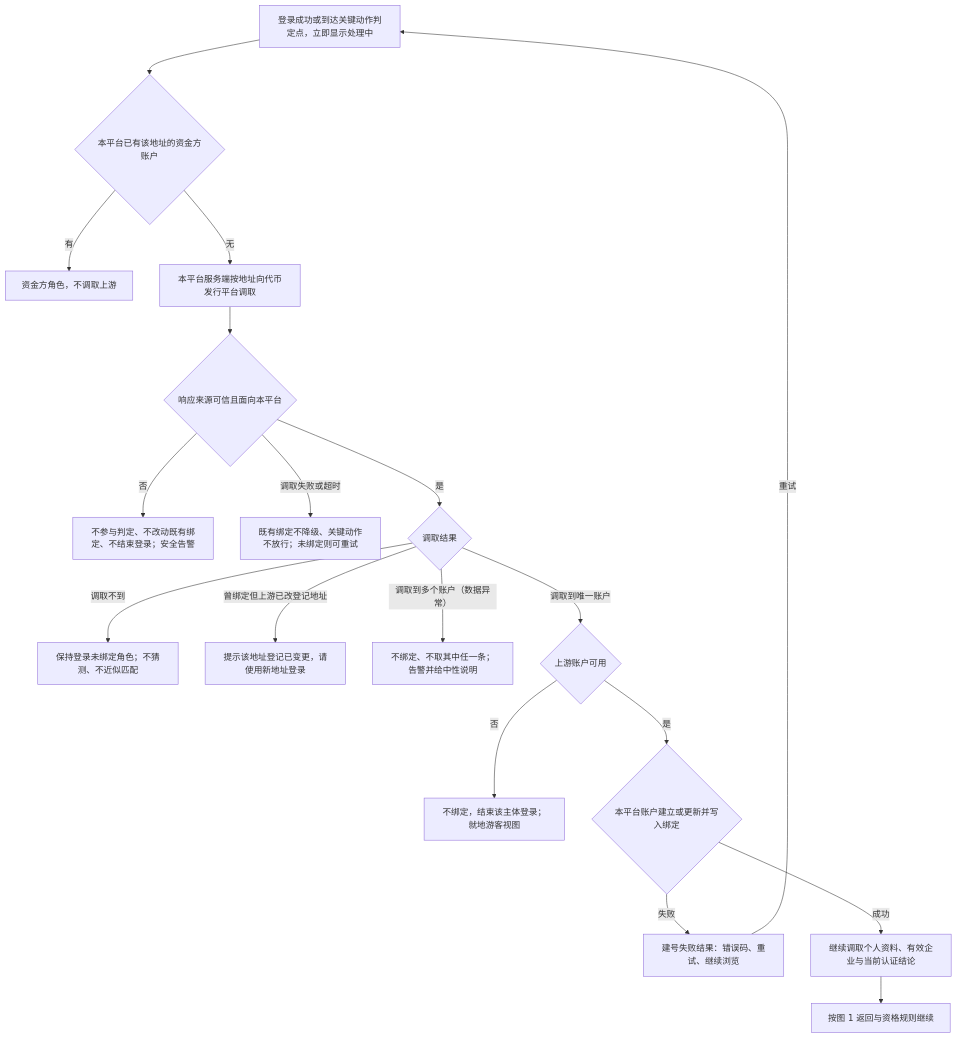
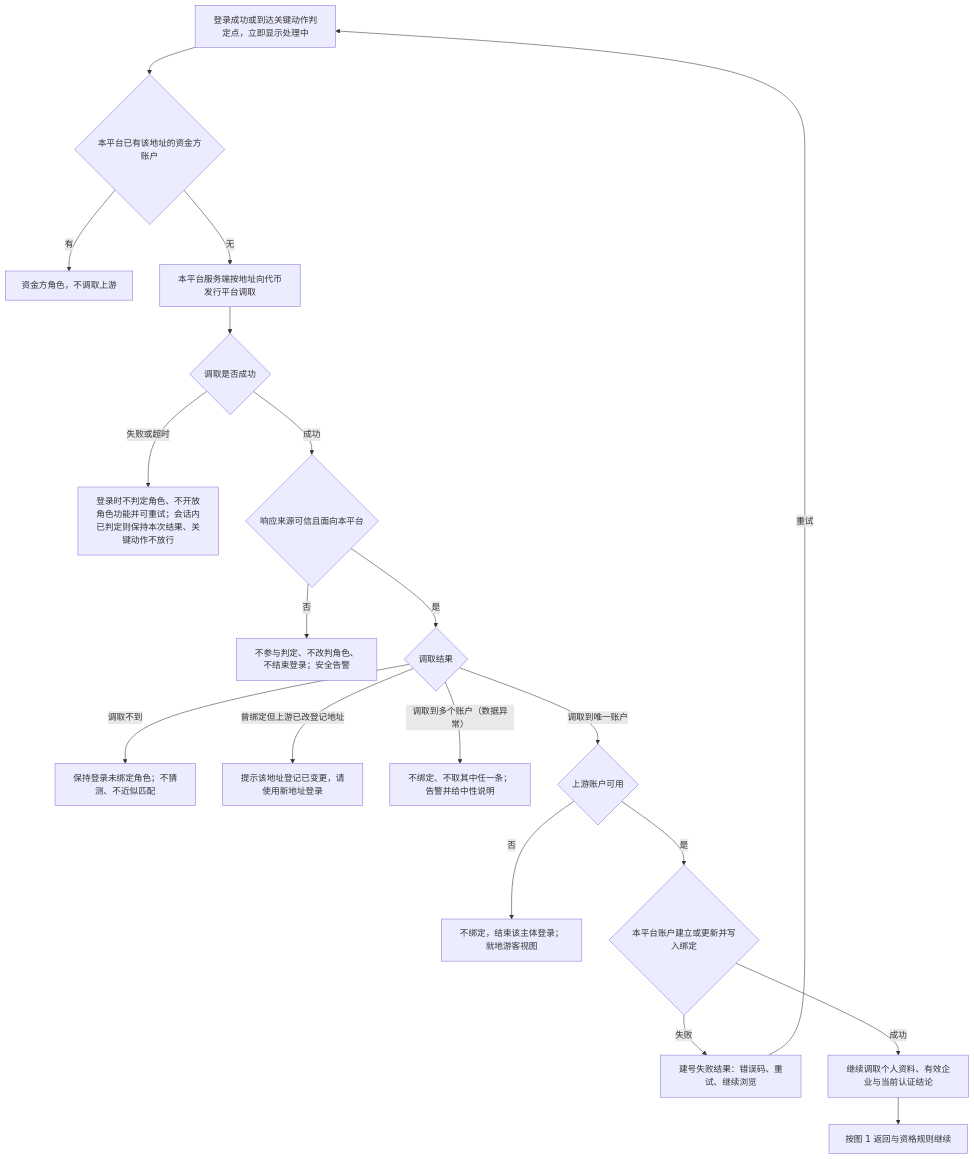
The second of 7 diagrams in lending-platform/PRD/v2.0-登录与账户体系/02-登录主干与资产方SSO接入-流程图与状态机.md (wxblockchain/Chain-Financing), drawn with Mermaid before and after one commit. The commit also changed other lines of this file and 4 other files, not shown here.

````diff
--- a/lending-platform/PRD/v2.0-登录与账户体系/02-登录主干与资产方SSO接入-流程图与状态机.md
+++ b/lending-platform/PRD/v2.0-登录与账户体系/02-登录主干与资产方SSO接入-流程图与状态机.md
@@ -44,20 +44,21 @@
 ```mermaid
 flowchart TD
     START["登录成功或到达关键动作判定点，立即显示处理中"] --> FUND{"本平台已有该地址的资金方账户"}
     FUND -->|有| ROLEF["资金方角色，不调取上游"]
     FUND -->|无| CALL["本平台服务端按地址向代币发行平台调取"]
-    CALL --> SRC{"响应来源可信且面向本平台"}
-    SRC -->|否| ALERT["不参与判定、不改动既有绑定、不结束登录；安全告警"]
-    SRC -->|调取失败或超时| KEEP["既有绑定不降级、关键动作不放行；未绑定则可重试"]
+    CALL --> OK{"调取是否成功"}
+    OK -->|失败或超时| KEEP["登录时不判定角色、不开放角色功能并可重试；会话内已判定则保持本次结果、关键动作不放行"]
+    OK -->|成功| SRC{"响应来源可信且面向本平台"}
+    SRC -->|否| ALERT["不参与判定、不改判角色、不结束登录；安全告警"]
     SRC -->|是| MATCH{"调取结果"}
     MATCH -->|调取不到| NONE["保持登录未绑定角色；不猜测、不近似匹配"]
     MATCH -->|曾绑定但上游已改登记地址| OLD["提示该地址登记已变更，请使用新地址登录"]
     MATCH -->|调取到多个账户（数据异常）| CONFLICT["不绑定、不取其中任一条；告警并给中性说明"]
     MATCH -->|调取到唯一账户| ACTIVE{"上游账户可用"}
     ACTIVE -->|否| BLOCK["不绑定，结束该主体登录；就地游客视图"]
     ACTIVE -->|是| BIND{"本平台账户建立或更新并写入绑定"}
     BIND -->|失败| ERROR["建号失败结果：错误码、重试、继续浏览"]
     BIND -->|成功| SYNC["继续调取个人资料、有效企业与当前认证结论"]
     SYNC --> LAND["按图 1 返回与资格规则继续"]
     ERROR -->|重试| START
 ```
````
